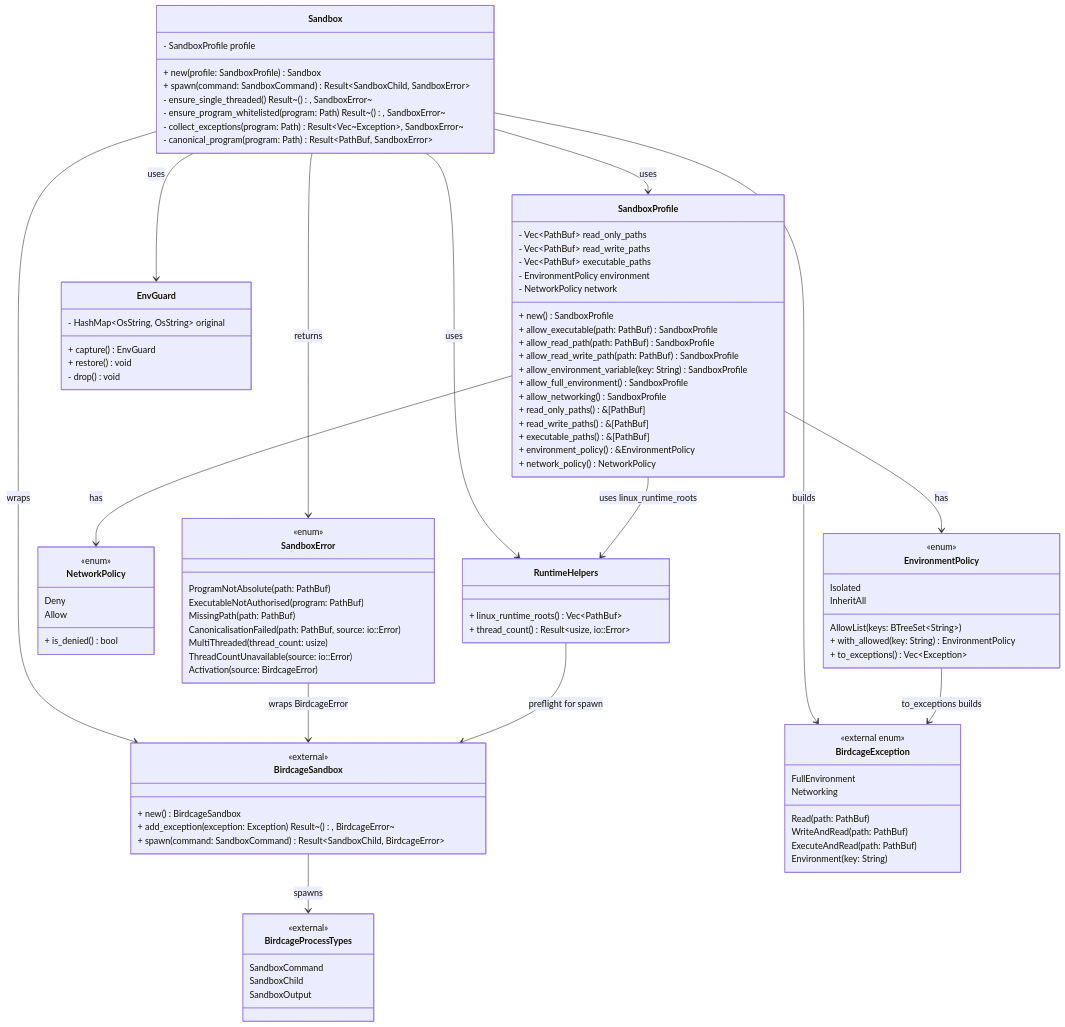
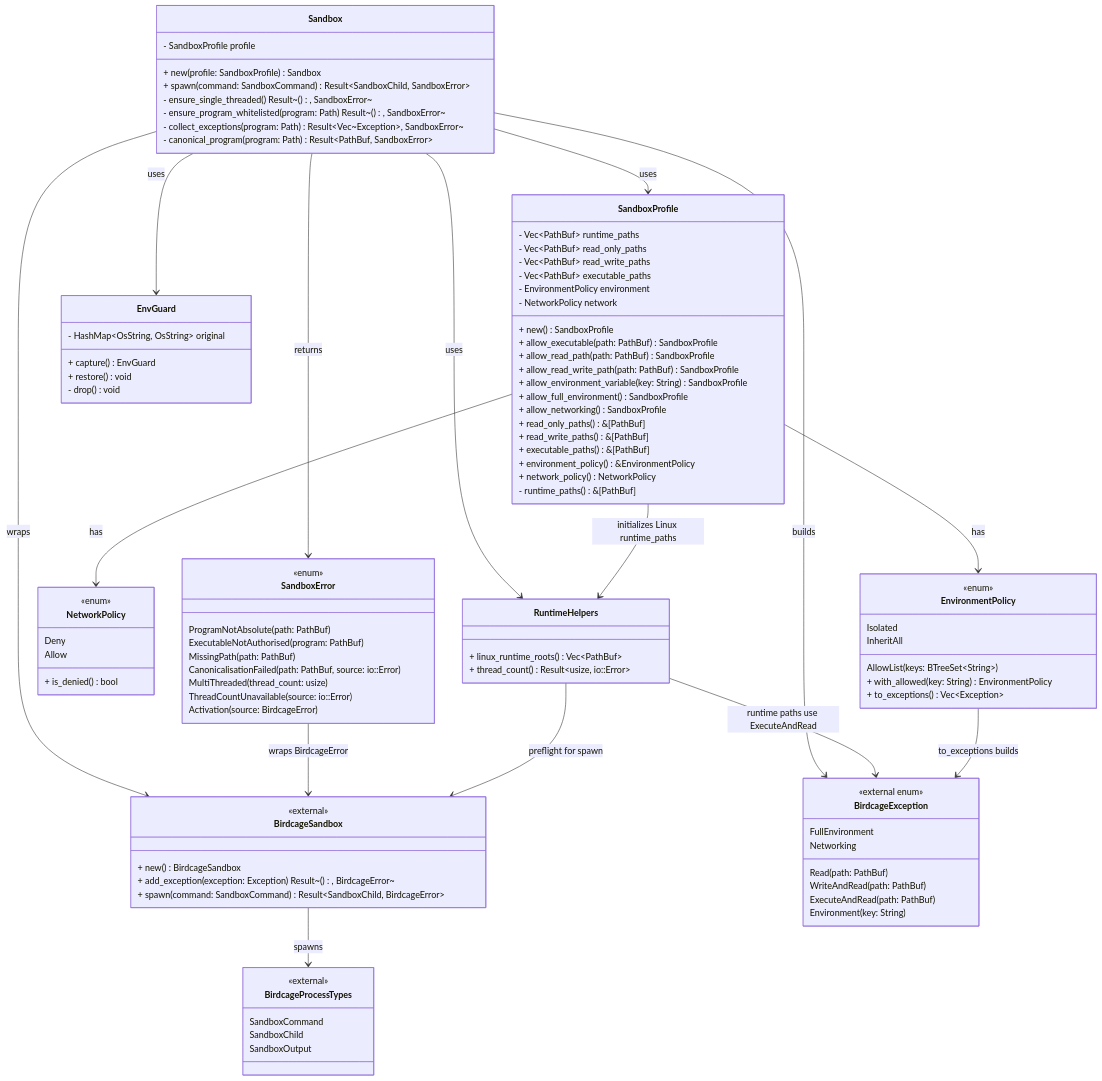
Diagram 12 of 12 in docs/weaver-design.md (leynos/weaver), drawn with Mermaid before and after one commit. The commit also changed other lines of this file and 10 other files, not shown here.

First line of the commit message:
Fix Linux sandbox runtime library mounts

```diff
--- a/docs/weaver-design.md
+++ b/docs/weaver-design.md
@@ -2597,6 +2604,7 @@
     }
 
     class SandboxProfile {
+        - Vec~PathBuf~ runtime_paths
         - Vec~PathBuf~ read_only_paths
         - Vec~PathBuf~ read_write_paths
         - Vec~PathBuf~ executable_paths
@@ -2614,6 +2622,7 @@
         + executable_paths() &[PathBuf]
         + environment_policy() &EnvironmentPolicy
         + network_policy() NetworkPolicy
+        - runtime_paths() &[PathBuf]
     }
 
     class EnvironmentPolicy {
@@ -2688,7 +2697,8 @@
 
     SandboxProfile --> EnvironmentPolicy : has
     SandboxProfile --> NetworkPolicy : has
-    SandboxProfile --> RuntimeHelpers : uses linux_runtime_roots
+    SandboxProfile --> RuntimeHelpers : initializes Linux runtime_paths
+    RuntimeHelpers --> BirdcageException : runtime paths use ExecuteAndRead
 
     EnvironmentPolicy --> BirdcageException : to_exceptions builds
 
```
